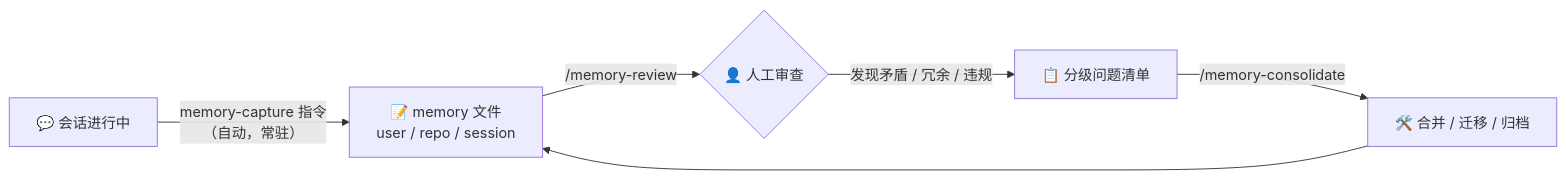
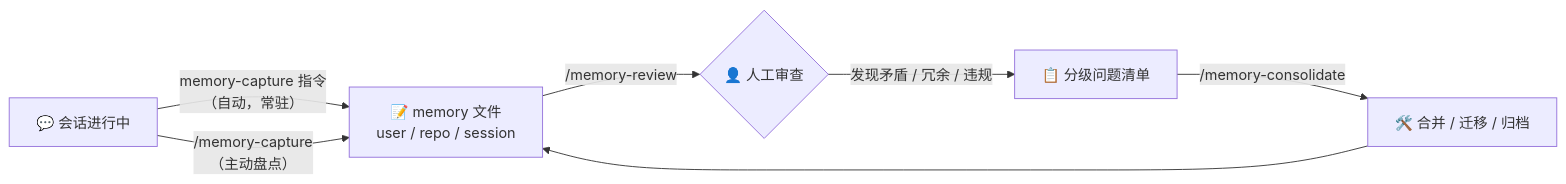
The diagram in plugins/memory/README.md (arawlin/awesome-copilot-x), drawn with Mermaid before and after one commit. The commit also changed other lines of this file and 1 other file, not shown here.

Commit message:
feat(memory): add memory-capture skill for active knowledge extraction

````diff
--- a/plugins/memory/README.md
+++ b/plugins/memory/README.md
@@ -21,8 +22,9 @@
 ```mermaid
 flowchart LR
     A["💬 会话进行中"] -->|"memory-capture 指令<br/>（自动，常驻）"| B["📝 memory 文件<br/>user / repo / session"]
+    A -->|"/memory-capture<br/>（主动盘点）"| B
     B -->|"/memory-review"| C{"👤 人工审查"}
     C -->|"发现矛盾 / 冗余 / 违规"| D["📋 分级问题清单"]
     D -->|"/memory-consolidate"| E["🛠️ 合并 / 迁移 / 归档"]
     E --> B
 ```
````
